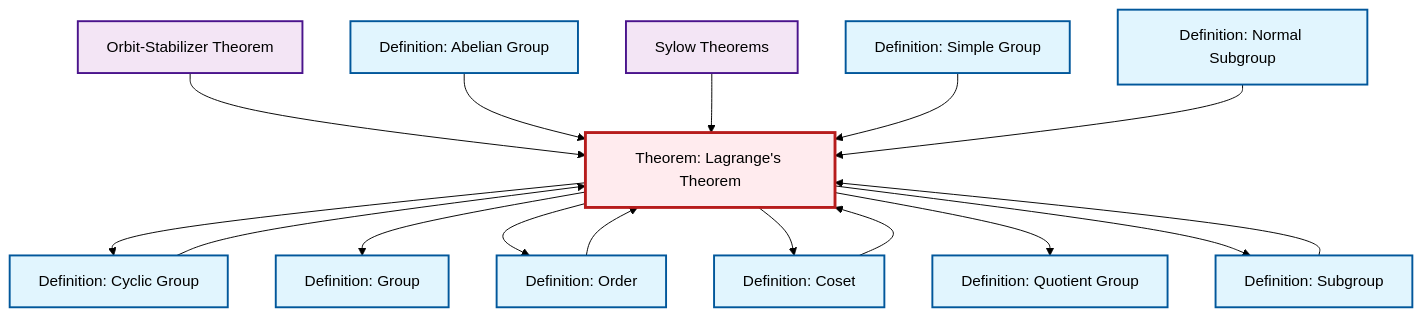
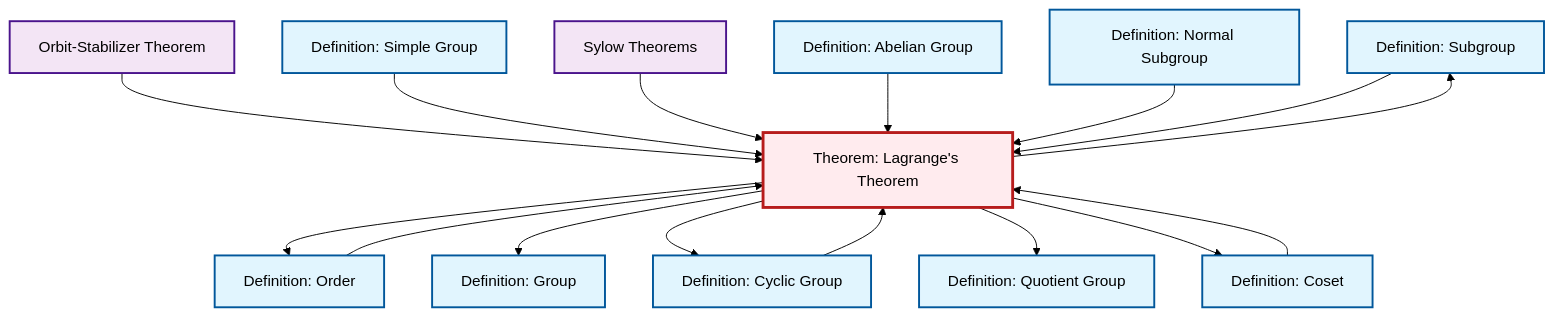
Before and after one commit to RK0429/ModernMath: the diagram in content/en/algebra/thm-lagrange.qmd, drawn with Mermaid (forest theme). The commit also changed other lines of this file and 672 other files, not shown here.

````diff
--- a/content/en/algebra/thm-lagrange.qmd
+++ b/content/en/algebra/thm-lagrange.qmd
@@ -52,48 +52,48 @@
 ```{mermaid}
 %%| fig-cap: "Local dependency graph"
 graph TD
     classDef definition fill:#e1f5fe,stroke:#01579b,stroke-width:2px
     classDef theorem fill:#f3e5f5,stroke:#4a148c,stroke-width:2px
     classDef axiom fill:#fff3e0,stroke:#e65100,stroke-width:2px
     classDef example fill:#e8f5e9,stroke:#1b5e20,stroke-width:2px
     classDef current fill:#ffebee,stroke:#b71c1c,stroke-width:3px
-    def-simple-group["Definition: Simple Group"]:::definition
     def-subgroup["Definition: Subgroup"]:::definition
-    thm-orbit-stabilizer["Orbit-Stabilizer Theorem"]:::theorem
+    def-normal-subgroup["Definition: Normal Subgroup"]:::definition
     def-cyclic-group["Definition: Cyclic Group"]:::definition
     def-order["Definition: Order"]:::definition
+    def-quotient-group["Definition: Quotient Group"]:::definition
+    thm-orbit-stabilizer["Orbit-Stabilizer Theorem"]:::theorem
     thm-lagrange["Theorem: Lagrange's Theorem"]:::theorem
+    def-group["Definition: Group"]:::definition
+    def-coset["Definition: Coset"]:::definition
+    thm-sylow["Sylow Theorems"]:::theorem
+    def-simple-group["Definition: Simple Group"]:::definition
     def-abelian-group["Definition: Abelian Group"]:::definition
-    thm-sylow["Sylow Theorems"]:::theorem
-    def-normal-subgroup["Definition: Normal Subgroup"]:::definition
-    def-coset["Definition: Coset"]:::definition
-    def-quotient-group["Definition: Quotient Group"]:::definition
-    def-group["Definition: Group"]:::definition
+    thm-lagrange --> def-subgroup
+    thm-orbit-stabilizer --> thm-lagrange
+    thm-lagrange --> def-order
+    thm-lagrange --> def-group
+    def-order --> thm-lagrange
+    def-simple-group --> thm-lagrange
+    thm-sylow --> thm-lagrange
+    def-abelian-group --> thm-lagrange
     thm-lagrange --> def-cyclic-group
-    thm-orbit-stabilizer --> thm-lagrange
-    thm-lagrange --> def-group
-    thm-lagrange --> def-order
+    def-normal-subgroup --> thm-lagrange
+    thm-lagrange --> def-quotient-group
+    def-subgroup --> thm-lagrange
+    def-cyclic-group --> thm-lagrange
+    def-coset --> thm-lagrange
     thm-lagrange --> def-coset
-    def-subgroup --> thm-lagrange
-    def-abelian-group --> thm-lagrange
-    def-coset --> thm-lagrange
-    thm-lagrange --> def-quotient-group
-    thm-lagrange --> def-subgroup
-    thm-sylow --> thm-lagrange
-    def-simple-group --> thm-lagrange
-    def-order --> thm-lagrange
-    def-cyclic-group --> thm-lagrange
-    def-normal-subgroup --> thm-lagrange
     class thm-lagrange current
-    click def-simple-group "def-simple-group.html" "Go to Simple Group definition"
     click def-subgroup "def-subgroup.html" "Go to Subgroup definition"
-    click thm-orbit-stabilizer "thm-orbit-stabilizer.html" "Go to Orbit-Stabilizer Theorem"
+    click def-normal-subgroup "def-normal-subgroup.html" "Go to Normal Subgroup definition"
     click def-cyclic-group "def-cyclic-group.html" "Go to Cyclic Group definition"
     click def-order "def-order.html" "Go to Order definition"
+    click def-quotient-group "def-quotient-group.html" "Go to Quotient Group definition"
+    click thm-orbit-stabilizer "thm-orbit-stabilizer.html" "Go to Orbit-Stabilizer Theorem"
+    click def-group "def-group.html" "Go to Group definition"
+    click def-coset "def-coset.html" "Go to Coset definition"
+    click thm-sylow "thm-sylow.html" "Go to Sylow Theorems"
+    click def-simple-group "def-simple-group.html" "Go to Simple Group definition"
     click def-abelian-group "def-abelian-group.html" "Go to Abelian Group definition"
-    click thm-sylow "thm-sylow.html" "Go to Sylow Theorems"
-    click def-normal-subgroup "def-normal-subgroup.html" "Go to Normal Subgroup definition"
-    click def-coset "def-coset.html" "Go to Coset definition"
-    click def-quotient-group "def-quotient-group.html" "Go to Quotient Group definition"
-    click def-group "def-group.html" "Go to Group definition"
 ```
````
